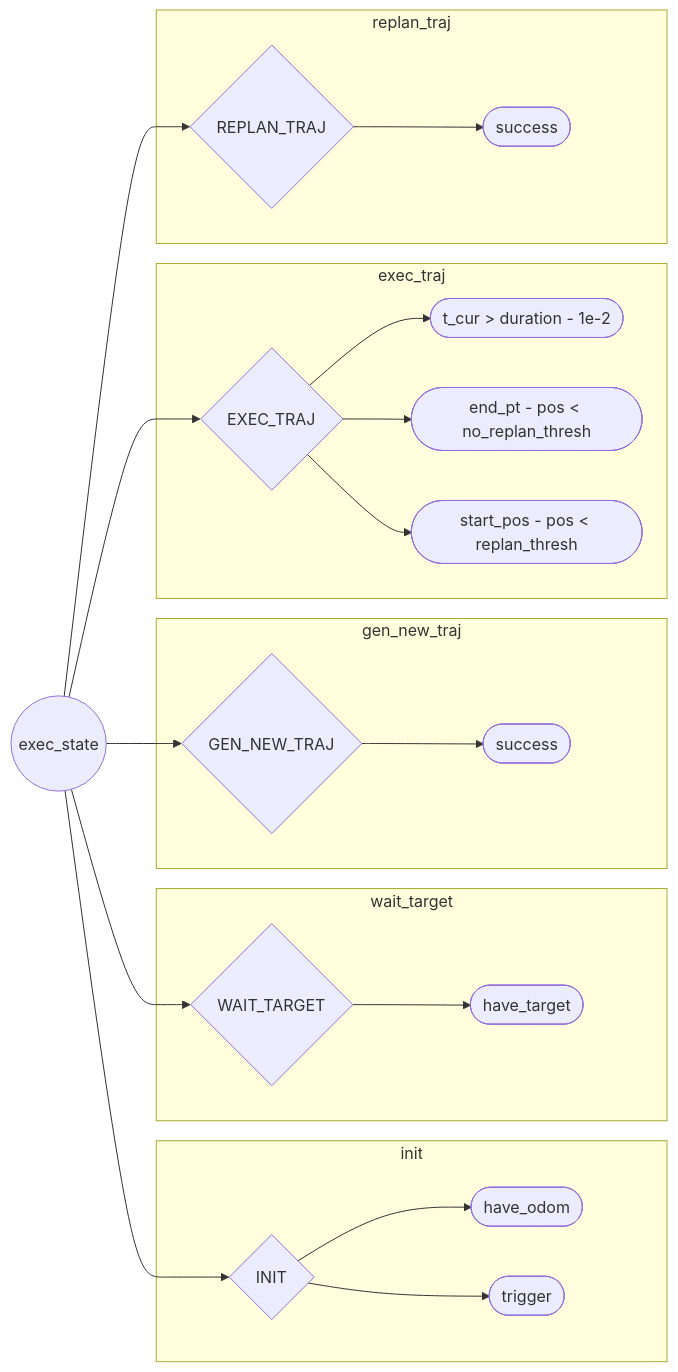
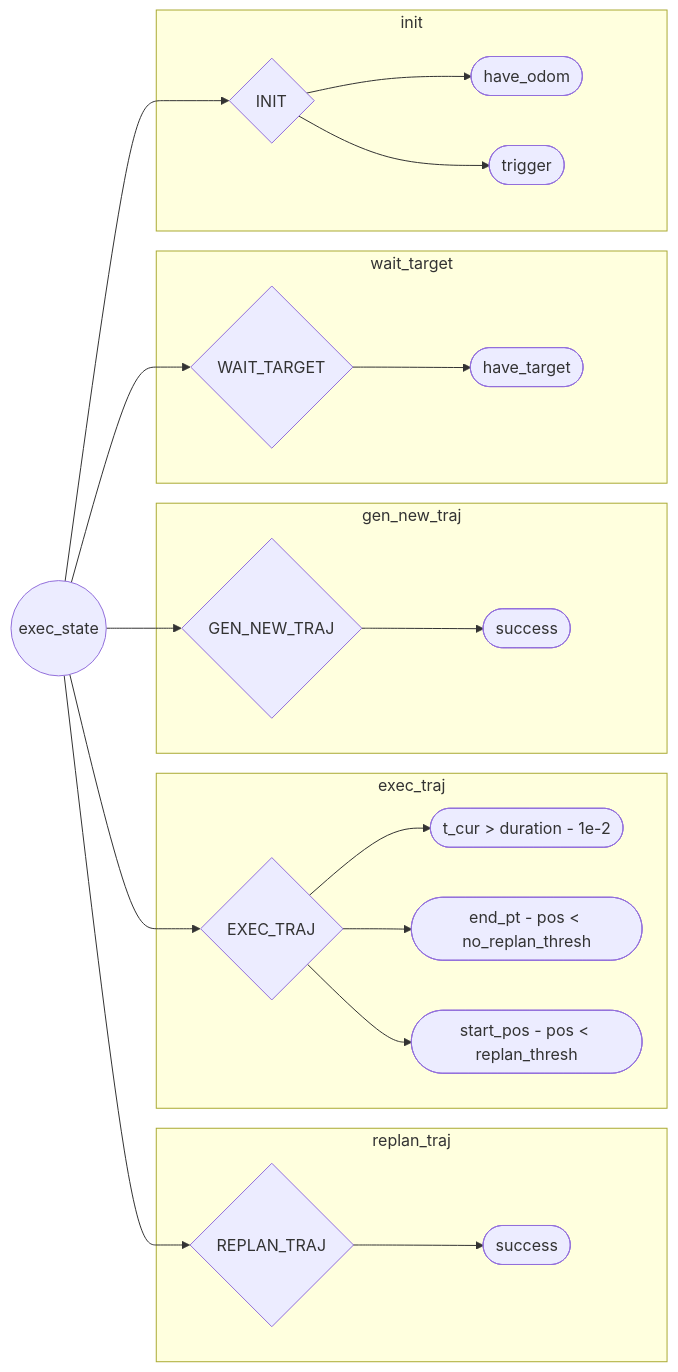
Before and after one commit to Dieptranivsr/drone_extend: the first of 2 diagrams in sp_code/create_table.md, drawn with Mermaid. The commit also changed other lines of this file, not shown here.

````diff
--- a/sp_code/create_table.md
+++ b/sp_code/create_table.md
@@ -1,26 +1,26 @@
 ```mermaid
 flowchart LR
     id1((exec_state)) --> id2{INIT}
     id1 --> id3{WAIT_TARGET}
     id1 --> id4{GEN_NEW_TRAJ}
     id1 --> id5{EXEC_TRAJ}
     id1 --> id6{REPLAN_TRAJ}
-    subgraph init
-        id2 --> id7([have_odom])
-        id2 --> id8([trigger])
-    end
-    subgraph wait_target
-        id3 --> id9([have_target])
-    end
-    subgraph gen_new_traj
-        id4 --> id10([success])
+    subgraph replan_traj
+        id6 --> id14([success])
     end
     subgraph exec_traj
         id5 --> id11([t_cur > duration - 1e-2])
         id5 --> id12([end_pt - pos < no_replan_thresh])
         id5 --> id13([start_pos - pos < replan_thresh])
     end
-    subgraph replan_traj
-        id6 --> id14([success])
+    subgraph gen_new_traj
+        id4 --> id10([success])
+    end
+    subgraph wait_target
+        id3 --> id9([have_target])
+    end
+    subgraph init
+        id2 --> id7([have_odom])
+        id2 --> id8([trigger])
     end
 ```
````
